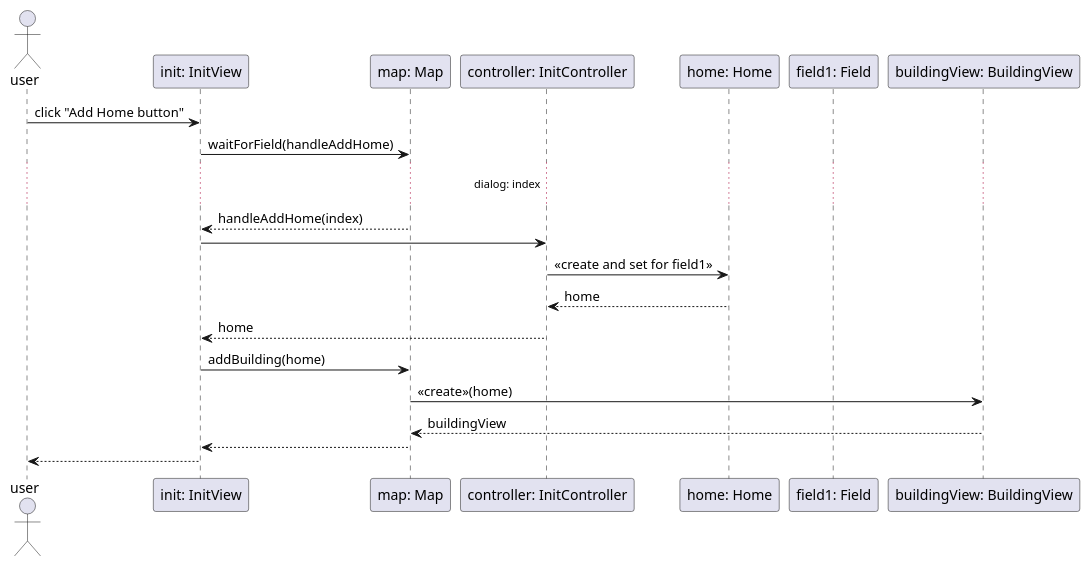
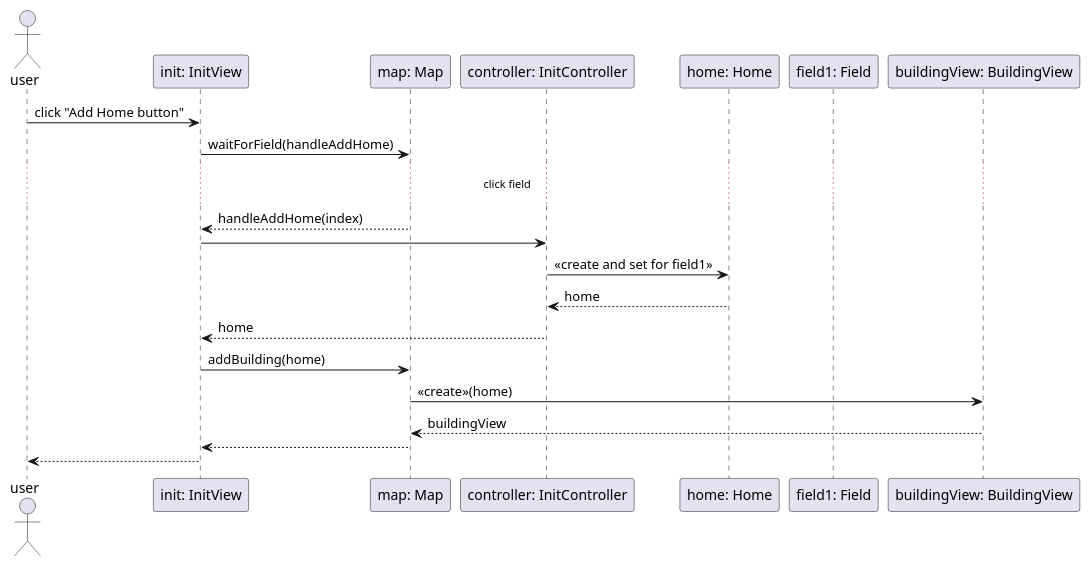
The diagram in docs/graphics/sequence/addHome.plantuml (uhrinandor/spring), drawn with PlantUML before and after one commit. The commit also changed 6 other files, not shown here.

```diff
--- a/docs/graphics/sequence/addHome.plantuml
+++ b/docs/graphics/sequence/addHome.plantuml
@@ -1,28 +1,28 @@
 @startuml
 
 actor "user" as user
 participant "init: InitView" as init
 participant "map: Map" as map
 participant "controller: InitController" as controller
 participant "home: Home" as 1
 participant "field1: Field" as field1
 participant "buildingView: BuildingView" as buildingView
 
 user -> init: click "Add Home button"
 init -> map: waitForField(handleAddHome)
-   ... dialog: index...
+   ... click field...
 map --> init: handleAddHome(index)
 
 init -> controller:
 controller -> 1: <<create and set for field1>>
 1 --> controller: home
 
 controller --> init: home
 
 init -> map: addBuilding(home)
 map -> buildingView: <<create>>(home)
 buildingView --> map: buildingView
 map --> init:
 init --> user:
 
 @enduml
```
